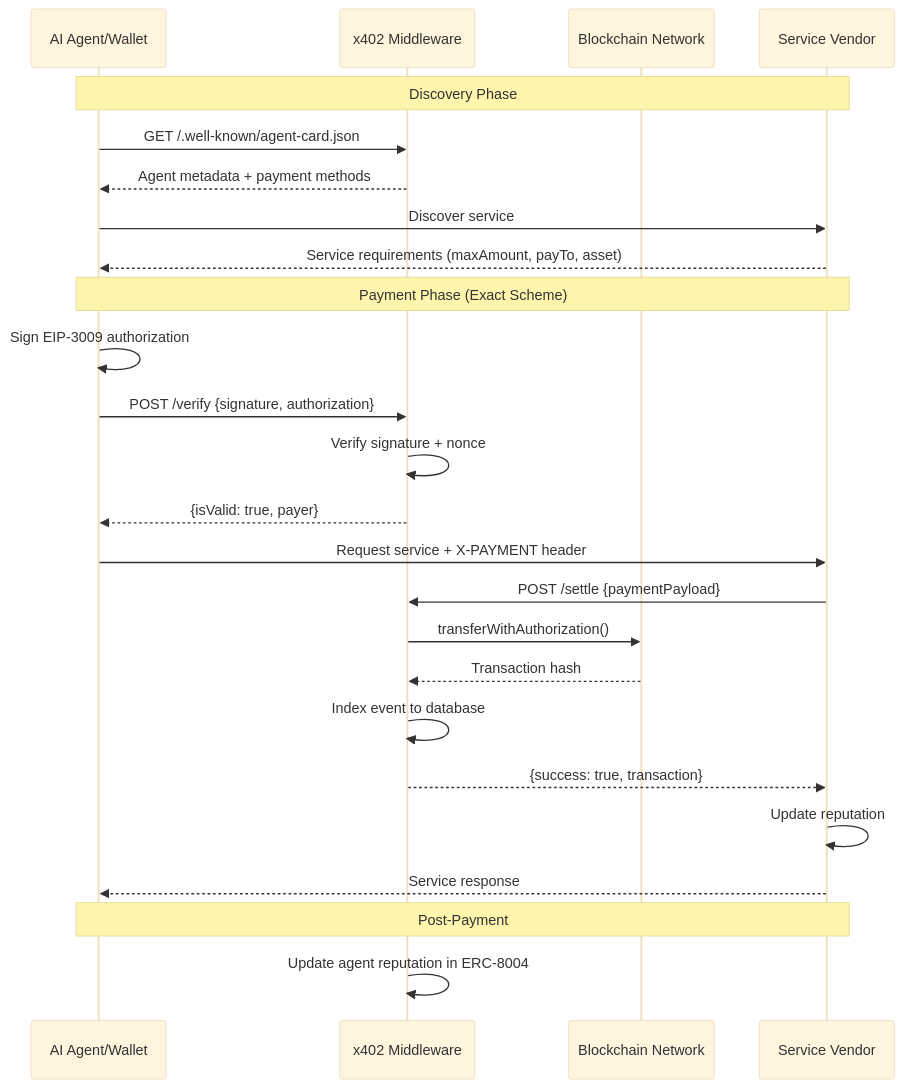
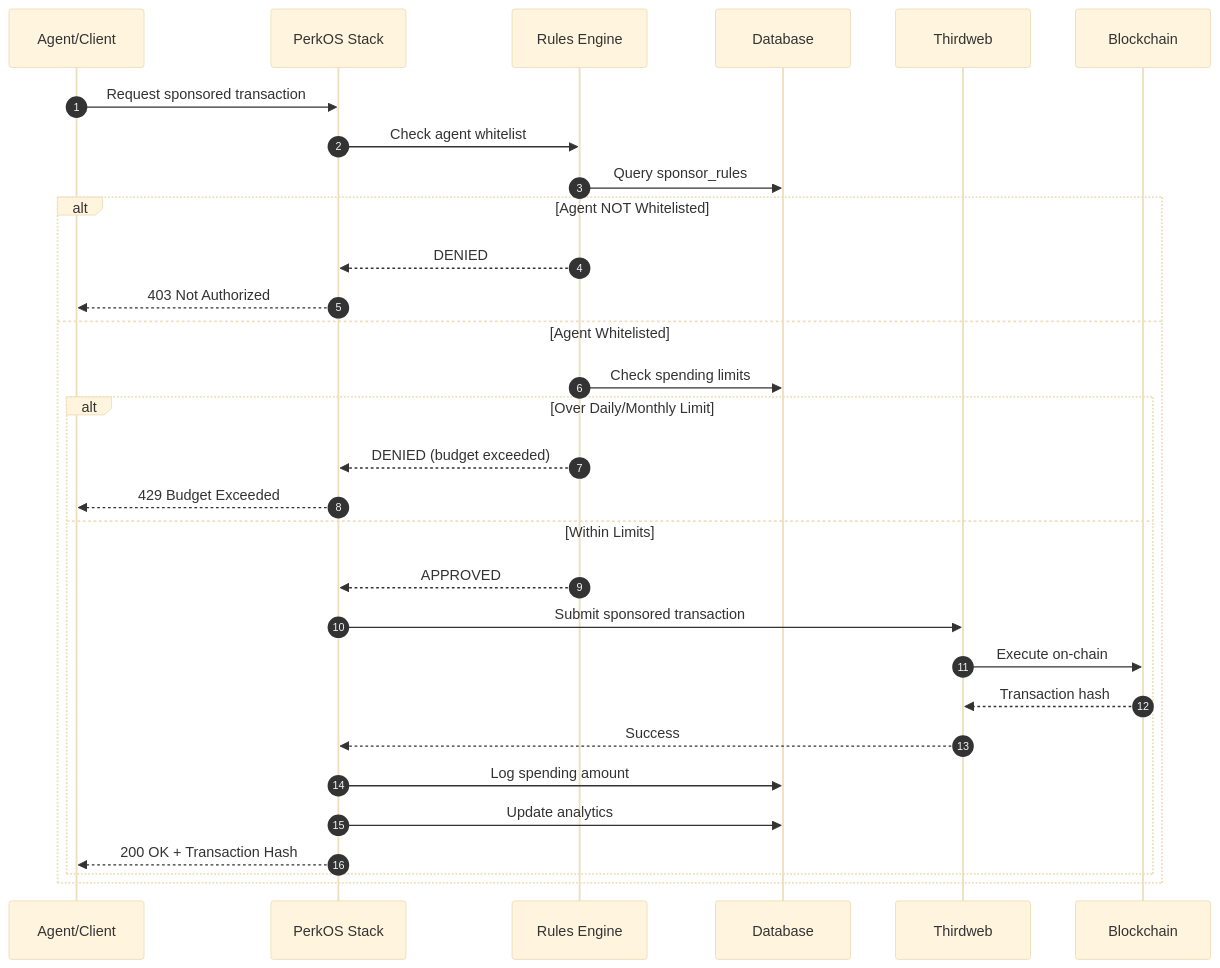
One commit to PerkOS-xyz/Stack changed the ninth of 10 diagrams in README.md. Above: the diagram before and after it, drawn with Mermaid (base theme). The commit also changed other lines of this file, not shown here.

````diff
--- a/README.md
+++ b/README.md
@@ -472,31 +652,35 @@
 ```mermaid
 sequenceDiagram
-    participant Agent as AI Agent/Wallet
-    participant Middleware as x402 Middleware
-    participant Blockchain as Blockchain Network
-    participant Vendor as Service Vendor
+    autonumber
+    participant Agent as Agent/Client
+    participant Stack as PerkOS Stack
+    participant Rules as Rules Engine
+    participant DB as Database
+    participant TW as Thirdweb
+    participant Chain as Blockchain
 
-    Note over Agent,Vendor: Discovery Phase
-    Agent->>Middleware: GET /.well-known/agent-card.json
-    Middleware-->>Agent: Agent metadata + payment methods
-    Agent->>Vendor: Discover service
-    Vendor-->>Agent: Service requirements (maxAmount, payTo, asset)
+    Agent->>Stack: Request sponsored transaction
+    Stack->>Rules: Check agent whitelist
+    Rules->>DB: Query sponsor_rules
 
-    Note over Agent,Vendor: Payment Phase (Exact Scheme)
-    Agent->>Agent: Sign EIP-3009 authorization
-    Agent->>Middleware: POST /verify {signature, authorization}
-    Middleware->>Middleware: Verify signature + nonce
-    Middleware-->>Agent: {isValid: true, payer}
+    alt Agent NOT Whitelisted
+        Rules-->>Stack: DENIED
+        Stack-->>Agent: 403 Not Authorized
+    else Agent Whitelisted
+        Rules->>DB: Check spending limits
 
-    Agent->>Vendor: Request service + X-PAYMENT header
-    Vendor->>Middleware: POST /settle {paymentPayload}
-    Middleware->>Blockchain: transferWithAuthorization()
-    Blockchain-->>Middleware: Transaction hash
-    Middleware->>Middleware: Index event to database
-    Middleware-->>Vendor: {success: true, transaction}
-    Vendor->>Vendor: Update reputation
-    Vendor-->>Agent: Service response
-
-    Note over Agent,Vendor: Post-Payment
-    Middleware->>Middleware: Update agent reputation in ERC-8004
+        alt Over Daily/Monthly Limit
+            Rules-->>Stack: DENIED (budget exceeded)
+            Stack-->>Agent: 429 Budget Exceeded
+        else Within Limits
+            Rules-->>Stack: APPROVED
+            Stack->>TW: Submit sponsored transaction
+            TW->>Chain: Execute on-chain
+            Chain-->>TW: Transaction hash
+            TW-->>Stack: Success
+            Stack->>DB: Log spending amount
+            Stack->>DB: Update analytics
+            Stack-->>Agent: 200 OK + Transaction Hash
+        end
+    end
 ```
````
